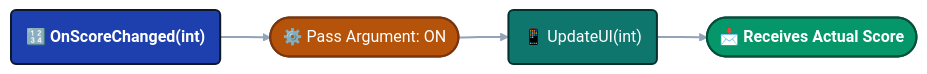
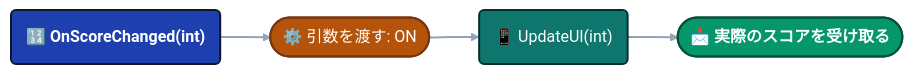
The second of 6 diagrams in i18n/ja/docusaurus-plugin-content-docs/current/game-event-system/flow-graph/game-event-node-behavior.md (tinygiants-tech/TinyGiants), drawn with Mermaid before and after one commit. The commit also changed other lines of this file and 81 other files, not shown here.

````diff
--- a/i18n/ja/docusaurus-plugin-content-docs/current/game-event-system/flow-graph/game-event-node-behavior.md
+++ b/i18n/ja/docusaurus-plugin-content-docs/current/game-event-system/flow-graph/game-event-node-behavior.md
@@ -220,14 +213,14 @@
 ```mermaid
 graph LR
 
     classDef event fill:#1e40af,stroke:#0f172a,stroke-width:2px,color:#ffffff,font-weight:bold
     classDef setting fill:#b45309,stroke:#78350f,stroke-width:2px,color:#ffffff
     classDef action fill:#0f766e,stroke:#042f2e,stroke-width:2px,color:#ffffff
     classDef result fill:#059669,stroke:#064e3b,stroke-width:2px,color:#ffffff,font-weight:bold
 
-    A("🔢 OnScoreChanged(int)"):::event --> B(["⚙️ Pass Argument: ON"]):::setting
+    A("🔢 OnScoreChanged(int)"):::event --> B(["⚙️ 引数を渡す: ON"]):::setting
     B --> C("📱 UpdateUI(int)"):::action
-    C --> D(["📩 Receives Actual Score"]):::result
+    C --> D(["📩 実際のスコアを受け取る"]):::result
 
     linkStyle default stroke:#94a3b8,stroke-width:2px
 ```
````
